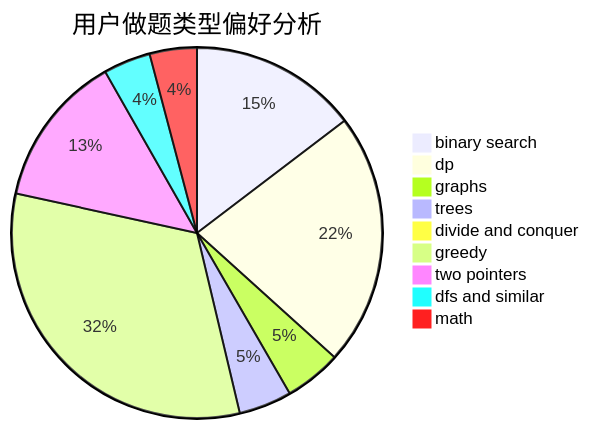
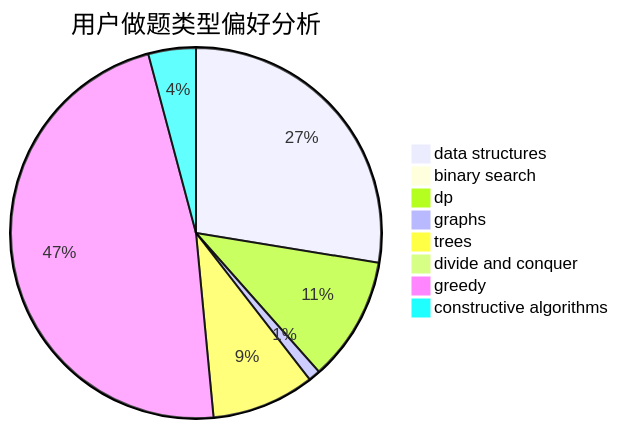
The second of 3 diagrams in docs/user/u2311.md (sherpahu/cfrs.github.io), drawn with Mermaid before and after one commit. The commit also changed other lines of this file and 2775 other files, not shown here.

````diff
--- a/docs/user/u2311.md
+++ b/docs/user/u2311.md
@@ -23,12 +23,11 @@
 ```mermaid
 pie title 用户做题类型偏好分析
-    "binary search" :  434
-    "dp" :  653
-    "graphs" :  147
-    "trees" :  137
-    "divide and conquer" :  1
-    "greedy" :  952
-    "two pointers" :  395
-    "dfs and similar" :  122
-    "math" :  122
+    "data structures" :  319
+    "binary search" :  5
+    "dp" :  126
+    "graphs" :  12
+    "trees" :  104
+    "divide and conquer" :  0
+    "greedy" :  548
+    "constructive algorithms" :  48
 ```
````
